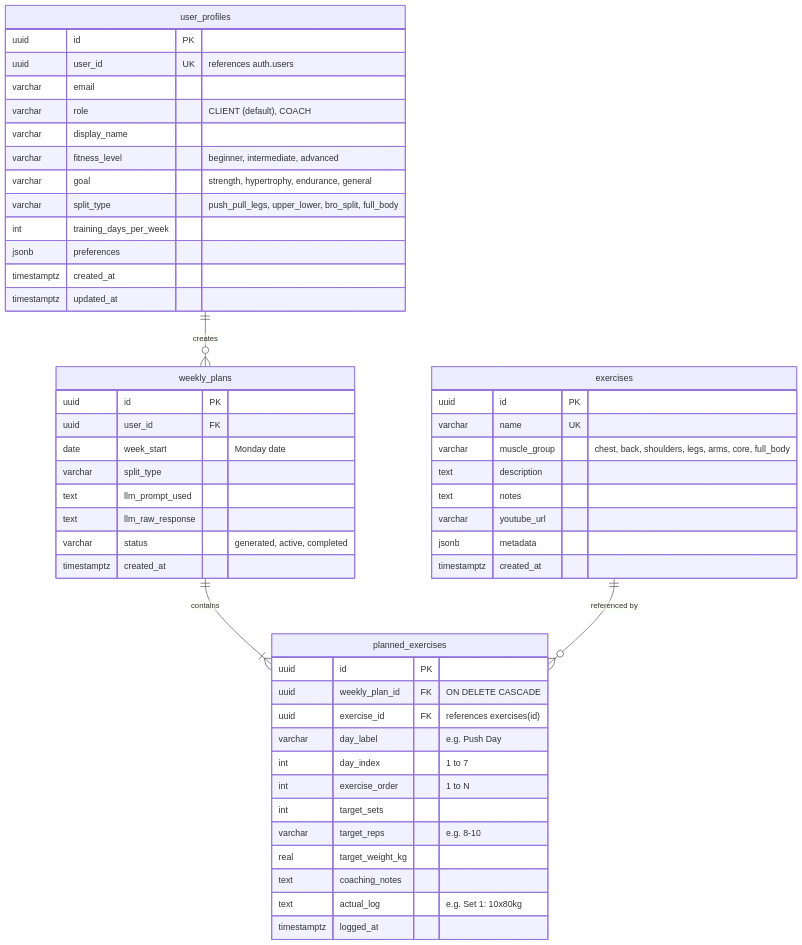
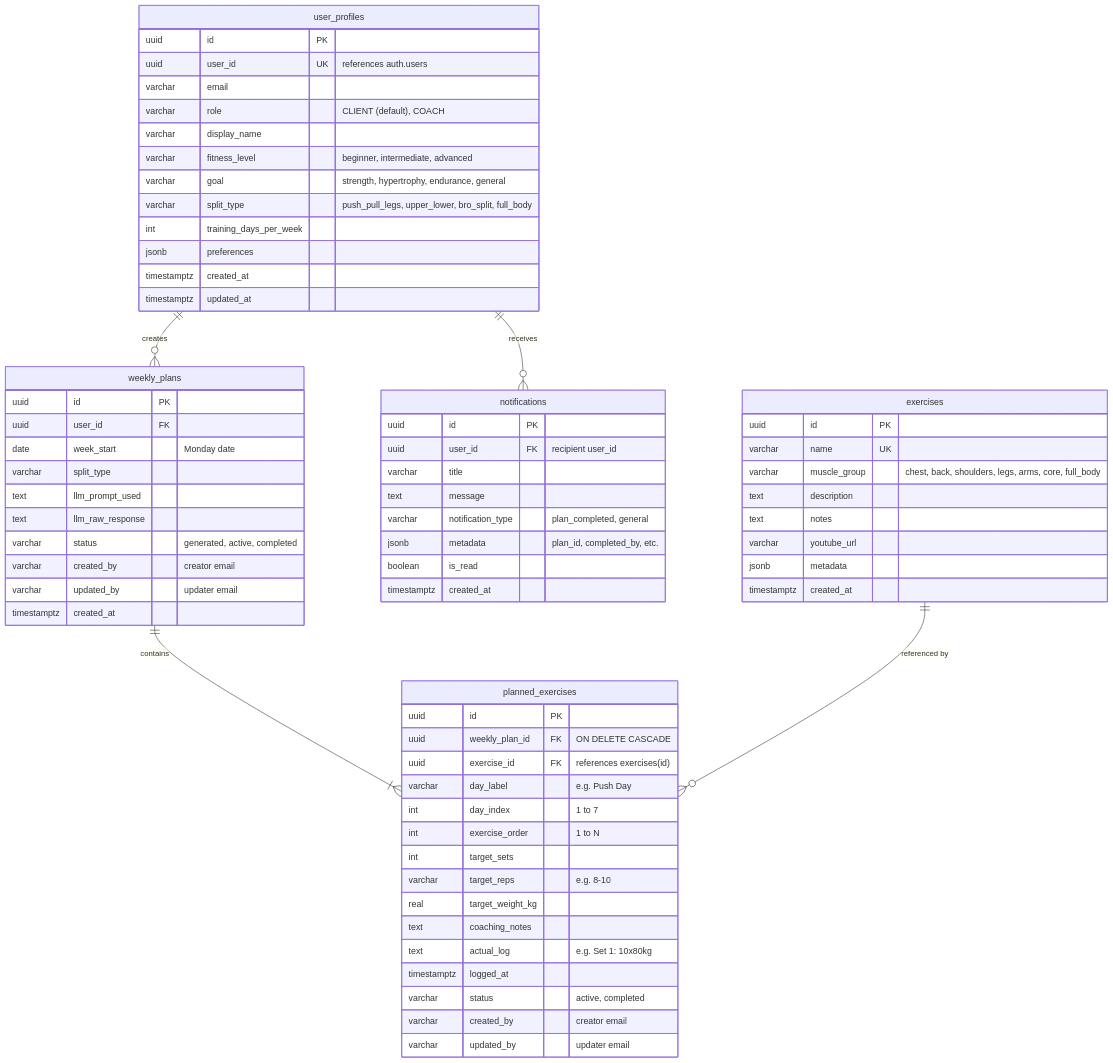
One commit to pttd96/fatness changed the second of 2 diagrams in TECHNICAL_DOCS.md. Above: the diagram before and after it, drawn with Mermaid. The commit also changed other lines of this file and 19 other files, not shown here.

Commit message:
feat: weekly completion progression, notifications bell, and coach plan rollover

````diff
--- a/TECHNICAL_DOCS.md
+++ b/TECHNICAL_DOCS.md
@@ -181,58 +193,75 @@
 ```mermaid
 erDiagram
     user_profiles ||--o{ weekly_plans : "creates"
+    user_profiles ||--o{ notifications : "receives"
     weekly_plans ||--|{ planned_exercises : "contains"
     exercises ||--o{ planned_exercises : "referenced by"
 
     user_profiles {
         uuid id PK
         uuid user_id UK "references auth.users"
         varchar email
         varchar role "CLIENT (default), COACH"
         varchar display_name
         varchar fitness_level "beginner, intermediate, advanced"
         varchar goal "strength, hypertrophy, endurance, general"
         varchar split_type "push_pull_legs, upper_lower, bro_split, full_body"
         int training_days_per_week
         jsonb preferences
         timestamptz created_at
         timestamptz updated_at
     }
 
     exercises {
         uuid id PK
         varchar name UK
         varchar muscle_group "chest, back, shoulders, legs, arms, core, full_body"
         text description
         text notes
         varchar youtube_url
         jsonb metadata
         timestamptz created_at
     }
 
     weekly_plans {
         uuid id PK
         uuid user_id FK
         date week_start "Monday date"
         varchar split_type
         text llm_prompt_used
         text llm_raw_response
         varchar status "generated, active, completed"
+        varchar created_by "creator email"
+        varchar updated_by "updater email"
         timestamptz created_at
     }
 
     planned_exercises {
         uuid id PK
         uuid weekly_plan_id FK "ON DELETE CASCADE"
         uuid exercise_id FK "references exercises(id)"
         varchar day_label "e.g. Push Day"
         int day_index "1 to 7"
         int exercise_order "1 to N"
         int target_sets
         varchar target_reps "e.g. 8-10"
         real target_weight_kg
         text coaching_notes
         text actual_log "e.g. Set 1: 10x80kg"
         timestamptz logged_at
+        varchar status "active, completed"
+        varchar created_by "creator email"
+        varchar updated_by "updater email"
+    }
+
+    notifications {
+        uuid id PK
+        uuid user_id FK "recipient user_id"
+        varchar title
+        text message
+        varchar notification_type "plan_completed, general"
+        jsonb metadata "plan_id, completed_by, etc."
+        boolean is_read
+        timestamptz created_at
     }
 ```
````
